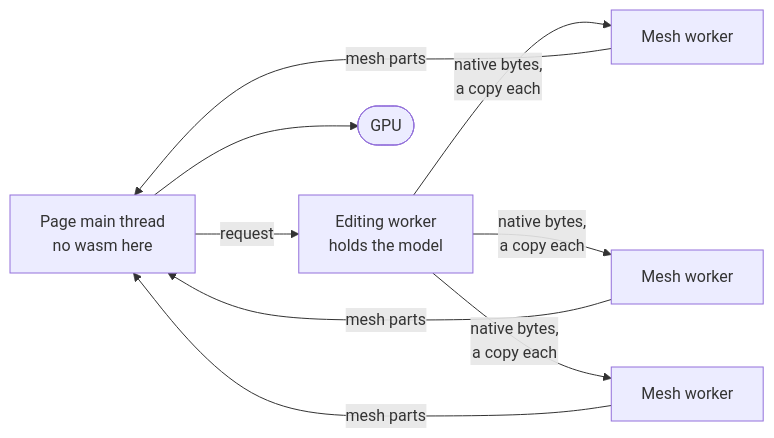
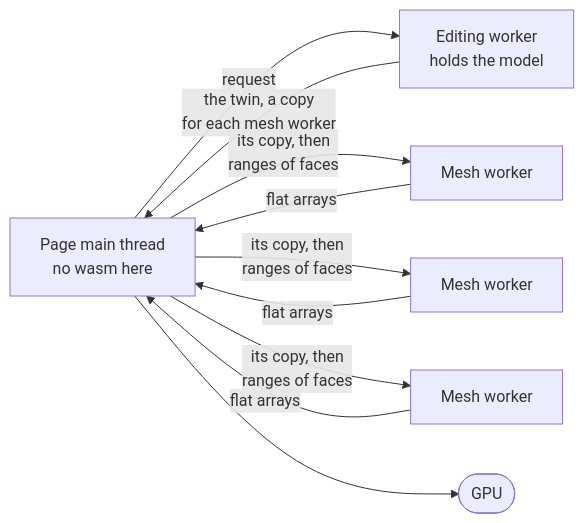
Before and after one commit to Dzoay/occam: the diagram in docs/architecture/browser.md, drawn with Mermaid. The commit also changed other lines of this file and 30 other files, not shown here.

````diff
--- a/docs/architecture/browser.md
+++ b/docs/architecture/browser.md
@@ -8,7 +8,8 @@
 ```mermaid
 flowchart LR
   page["Page main thread<br/>no wasm here"] -->|"request"| ed["Editing worker<br/>holds the model"]
-  ed -->|"native bytes,<br/>a copy each"| m1["Mesh worker"] & m2["Mesh worker"] & m3["Mesh worker"]
-  m1 & m2 & m3 -->|"mesh parts"| page
+  ed -->|"the twin, a copy<br/>for each mesh worker"| page
+  page -->|"its copy, then<br/>ranges of faces"| m1["Mesh worker"] & m2["Mesh worker"] & m3["Mesh worker"]
+  m1 & m2 & m3 -->|"flat arrays"| page
   page --> gpu(["GPU"])
 ```
````
